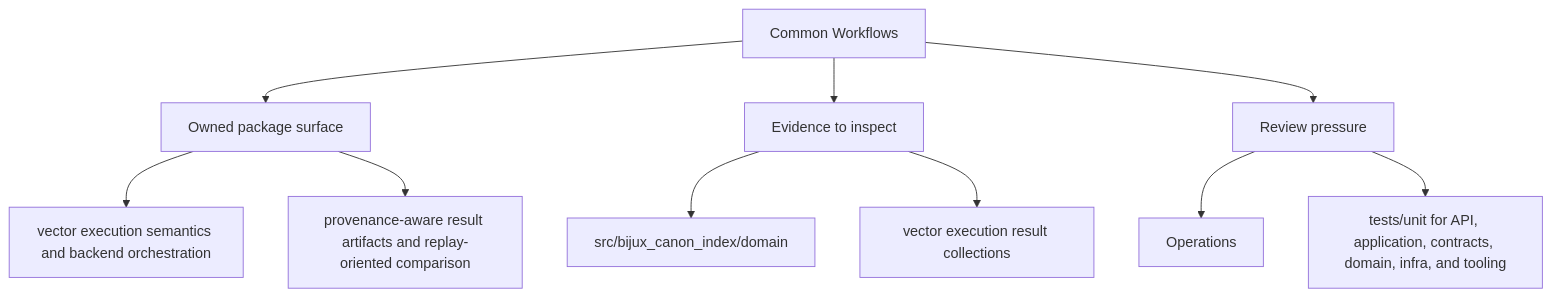
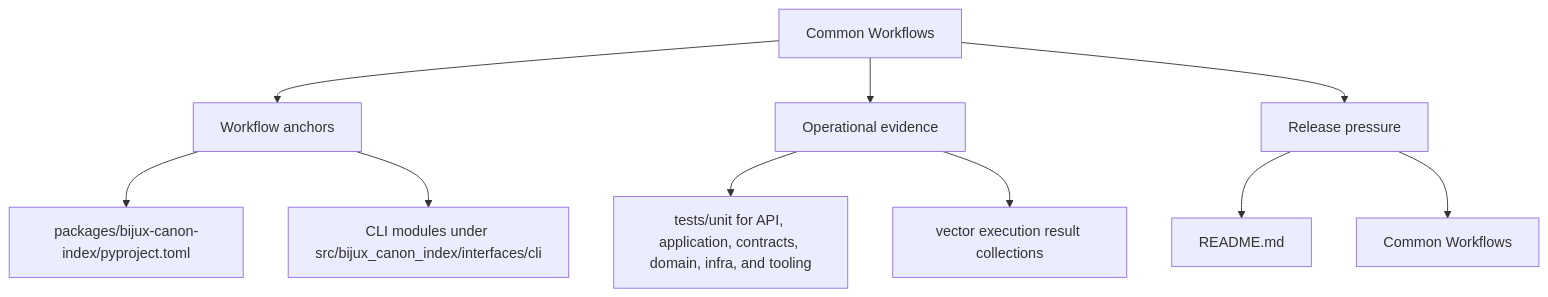
Before and after one commit to bijux/bijux-canon: the second of 2 diagrams in docs/bijux-canon-index/operations/common-workflows.md, drawn with Mermaid. The commit also changed other lines of this file and 250 other files, not shown here.

Commit message:
docs(diagrams): make product page maps more readable

````diff
--- a/docs/bijux-canon-index/operations/common-workflows.md
+++ b/docs/bijux-canon-index/operations/common-workflows.md
@@ -34,22 +34,22 @@
 ```mermaid
 flowchart TD
     page["Common Workflows"]
-    focus1["Owned package surface"]
+    focus1["Workflow anchors"]
     page --> focus1
-    focus1_1["vector execution semantics and backend orchestration"]
+    focus1_1["packages/bijux-canon-index/pyproject.toml"]
     focus1 --> focus1_1
-    focus1_2["provenance-aware result artifacts and replay-oriented comparison"]
+    focus1_2["CLI modules under src/bijux_canon_index/interfaces/cli"]
     focus1 --> focus1_2
-    focus2["Evidence to inspect"]
+    focus2["Operational evidence"]
     page --> focus2
-    focus2_1["src/bijux_canon_index/domain"]
+    focus2_1["tests/unit for API, application, contracts, domain, infra, and tooling"]
     focus2 --> focus2_1
     focus2_2["vector execution result collections"]
     focus2 --> focus2_2
-    focus3["Review pressure"]
+    focus3["Release pressure"]
     page --> focus3
-    focus3_1["Operations"]
+    focus3_1["README.md"]
     focus3 --> focus3_1
-    focus3_2["tests/unit for API, application, contracts, domain, infra, and tooling"]
+    focus3_2["Common Workflows"]
     focus3 --> focus3_2
 ```
````
